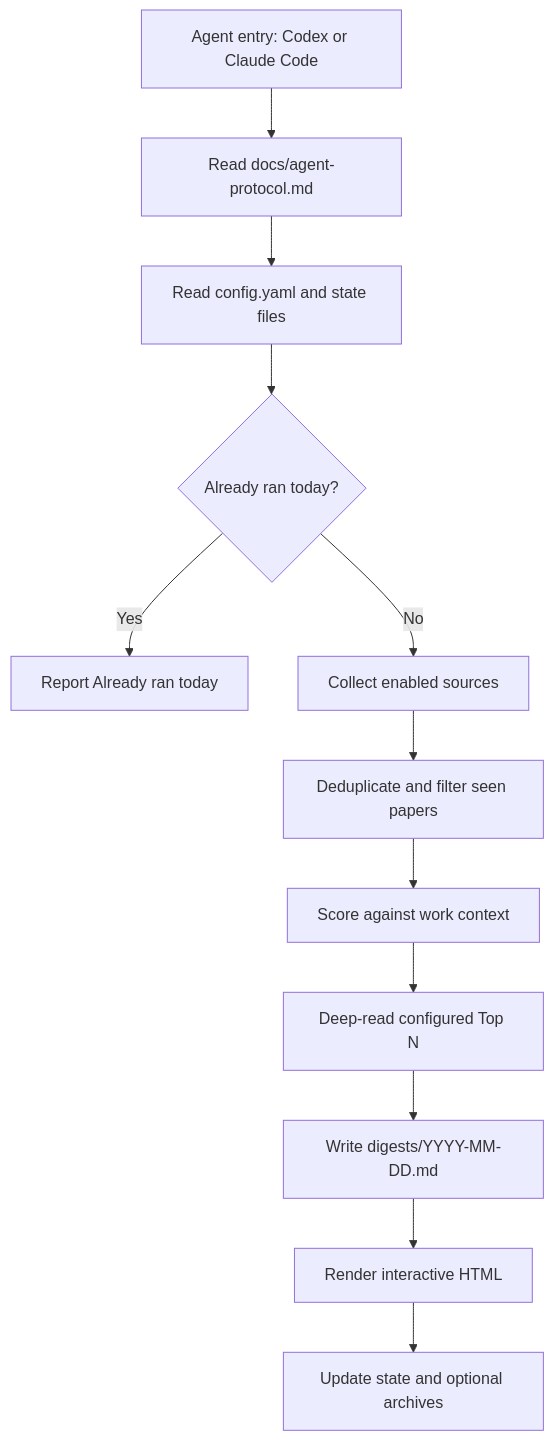
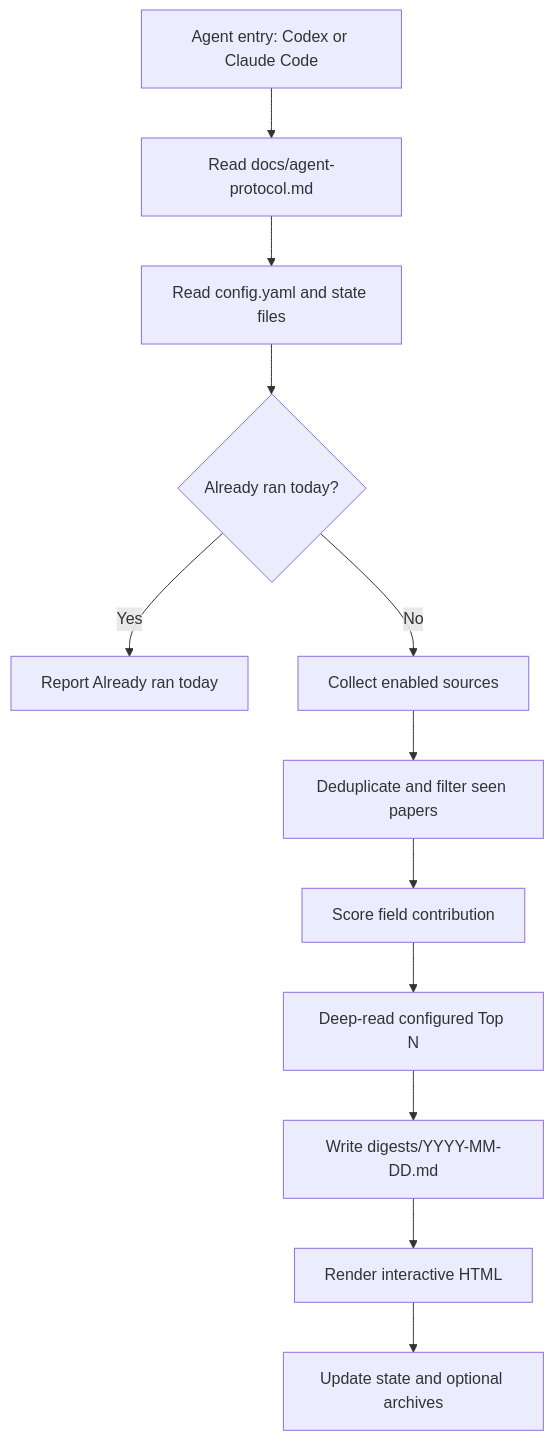
One commit to Sy1vainM/PaperPulse changed the diagram in README.md. Above: the diagram before and after it, drawn with Mermaid. The commit also changed other lines of this file and 14 other files, not shown here.

````diff
--- a/README.md
+++ b/README.md
@@ -59,14 +59,14 @@
 ```mermaid
 flowchart TD
     A["Agent entry: Codex or Claude Code"] --> B["Read docs/agent-protocol.md"]
     B --> C["Read config.yaml and state files"]
     C --> D{"Already ran today?"}
     D -- "Yes" --> E["Report Already ran today"]
     D -- "No" --> F["Collect enabled sources"]
     F --> G["Deduplicate and filter seen papers"]
-    G --> H["Score against work context"]
+    G --> H["Score field contribution"]
     H --> I["Deep-read configured Top N"]
     I --> J["Write digests/YYYY-MM-DD.md"]
     J --> K["Render interactive HTML"]
     K --> L["Update state and optional archives"]
 ```
````
